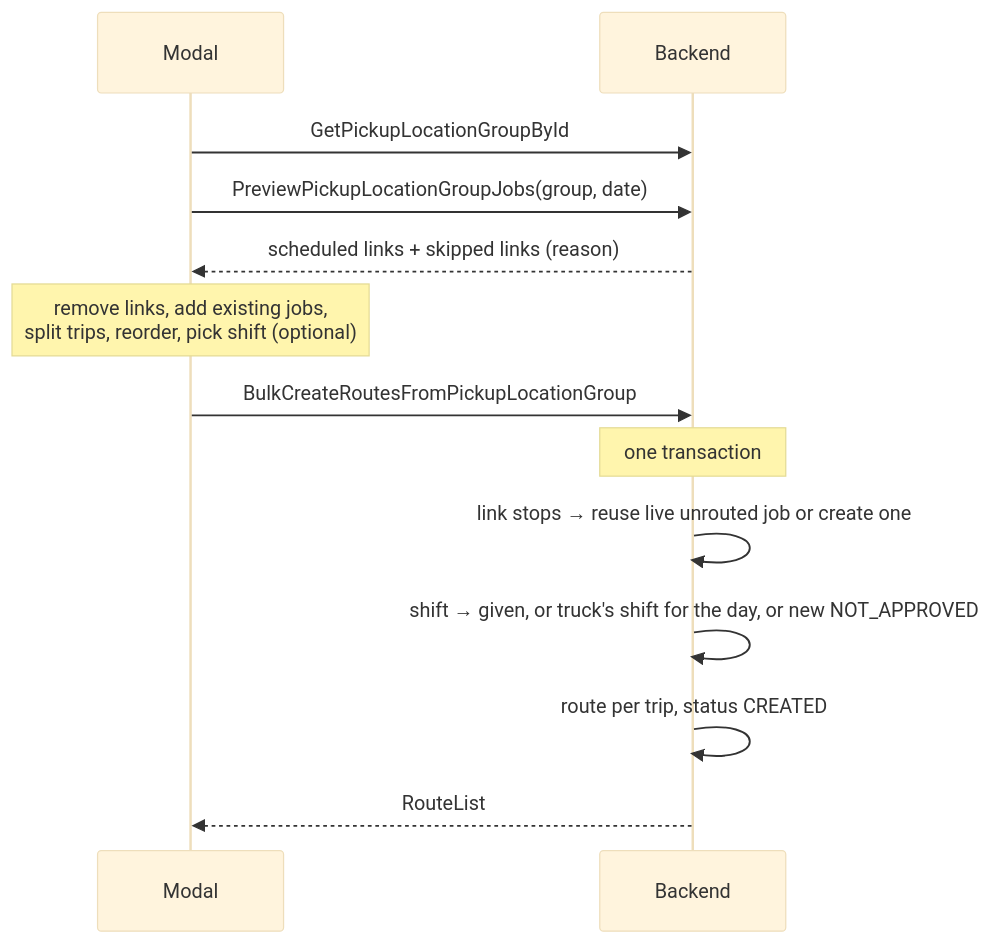
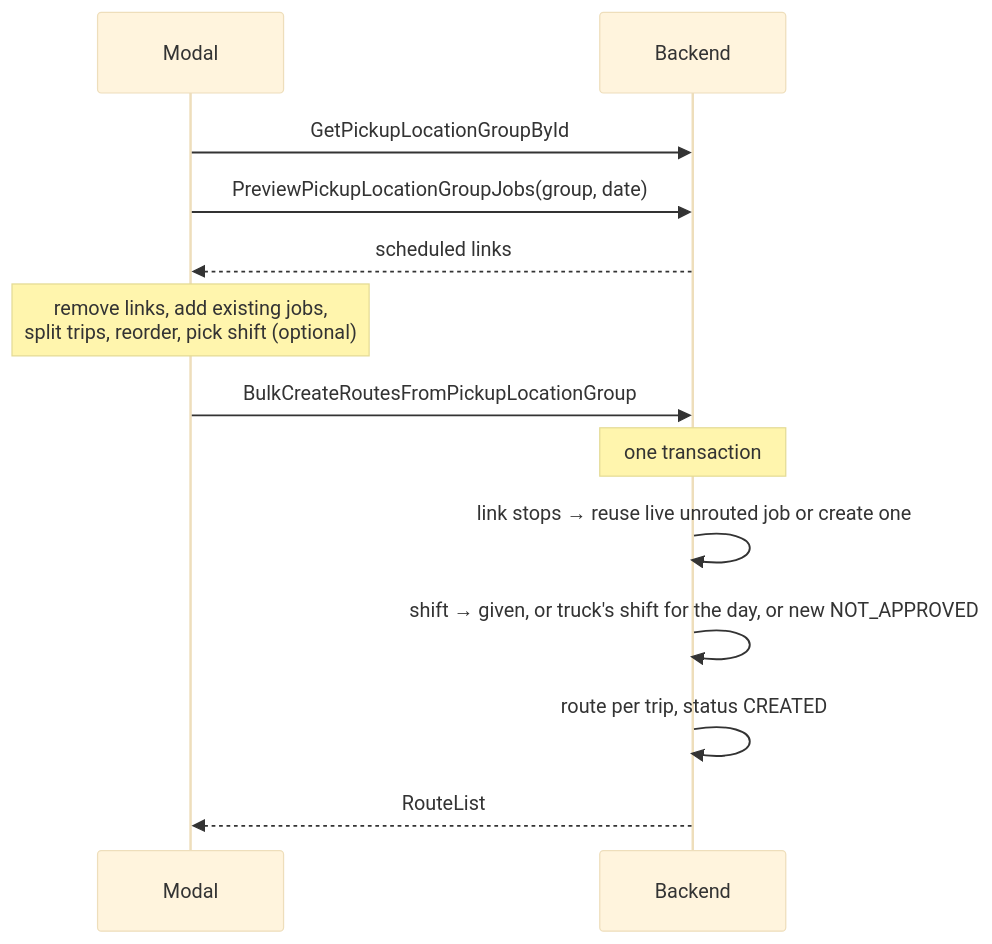
The diagram in docs/pickup-location-group-bulk-route.md (Raccoon-AI/proto_schema), drawn with Mermaid (base theme) before and after one commit. The commit also changed other lines of this file and 1 other file, not shown here.

Commit message:
feat(plg): drop skipped links from preview

````diff
--- a/docs/pickup-location-group-bulk-route.md
+++ b/docs/pickup-location-group-bulk-route.md
@@ -47,15 +47,15 @@
 ```mermaid
 sequenceDiagram
   participant FE as Modal
   participant BE as Backend
   FE->>BE: GetPickupLocationGroupById
   FE->>BE: PreviewPickupLocationGroupJobs(group, date)
-  BE-->>FE: scheduled links + skipped links (reason)
+  BE-->>FE: scheduled links
   Note over FE: remove links, add existing jobs,<br/>split trips, reorder, pick shift (optional)
   FE->>BE: BulkCreateRoutesFromPickupLocationGroup
   Note over BE: one transaction
   BE->>BE: link stops → reuse live unrouted job or create one
   BE->>BE: shift → given, or truck's shift for the day, or new NOT_APPROVED
   BE->>BE: route per trip, status CREATED
   BE-->>FE: RouteList
 ```
````
